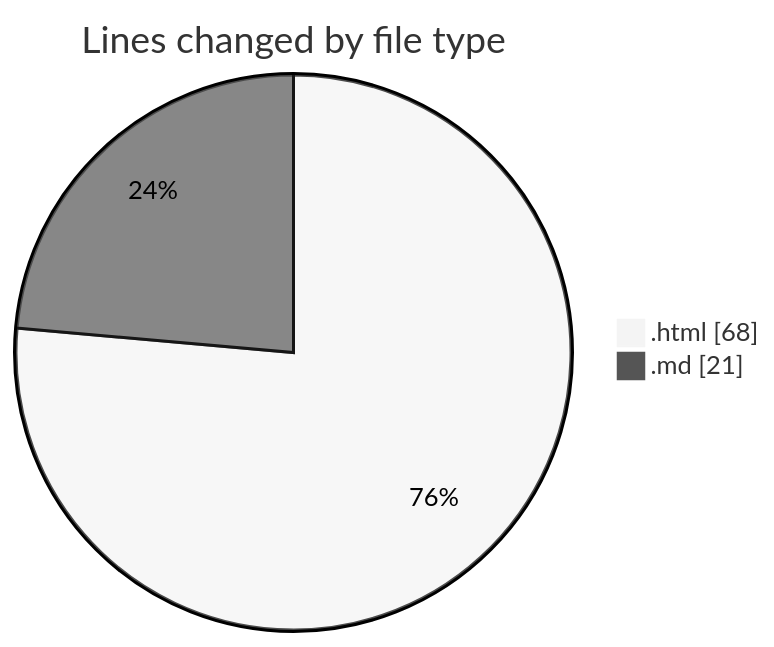
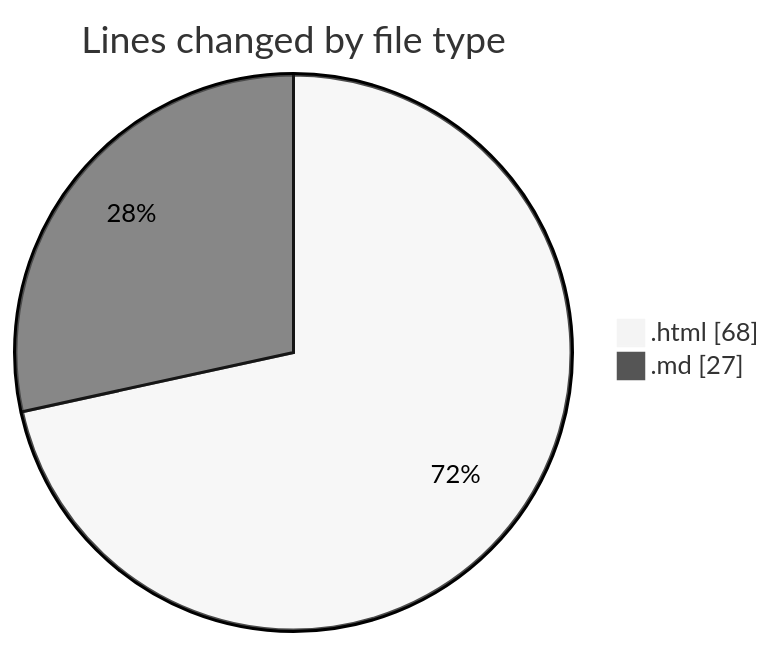
The first of 2 diagrams in 2025-07-04/urlwebwala_intership_work/README.md (Ritupan-Deka/code-tracking), drawn with Mermaid (neutral theme) before and after one commit. The commit also changed other lines of this file and 1 other file, not shown here.

````diff
--- a/2025-07-04/urlwebwala_intership_work/README.md
+++ b/2025-07-04/urlwebwala_intership_work/README.md
@@ -21,6 +21,6 @@
 ```mermaid
 pie showData
 title Lines changed by file type
 ".html" : 68
-".md" : 21
+".md" : 27
 ```
````
